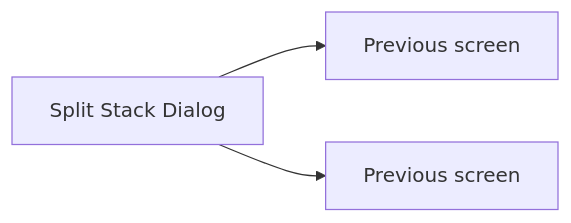
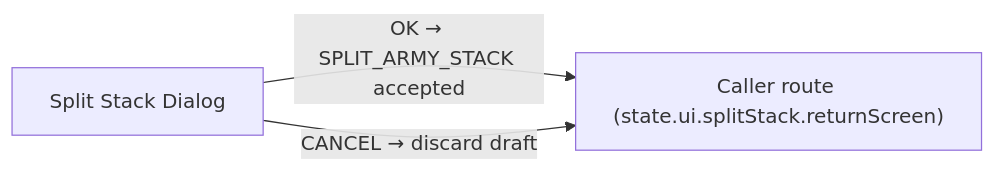
One commit to SunaNoOshiro/Heroes_Reforged_AI_Realms changed the fifth of 5 diagrams in docs/architecture/wiki/screens/51-split-stack-dialog/architecture.md. Above: the diagram before and after it, drawn with Mermaid. The commit also changed other lines of this file and 518 other files, not shown here.

First line of the commit message:
Add doc-audit skill and sweep architecture/screen docs

````diff
--- a/docs/architecture/wiki/screens/51-split-stack-dialog/architecture.md
+++ b/docs/architecture/wiki/screens/51-split-stack-dialog/architecture.md
@@ -68,6 +80,6 @@
 ```mermaid
 flowchart LR
   Current["Split Stack Dialog"]
-  Current --> T0["Previous screen"]
-  Current --> T1["Previous screen"]
+  Current -->|"OK → SPLIT_ARMY_STACK accepted"| Caller["Caller route (state.ui.splitStack.returnScreen)"]
+  Current -->|"CANCEL → discard draft"| Caller
 ```
````
